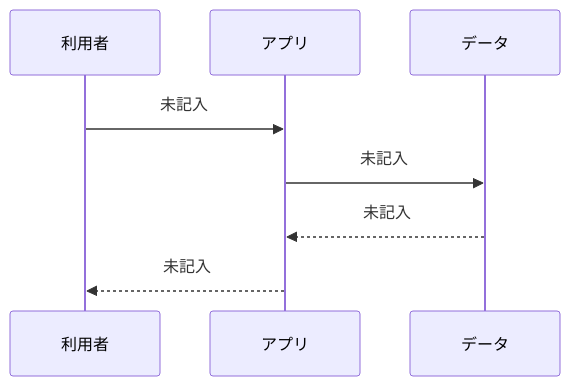
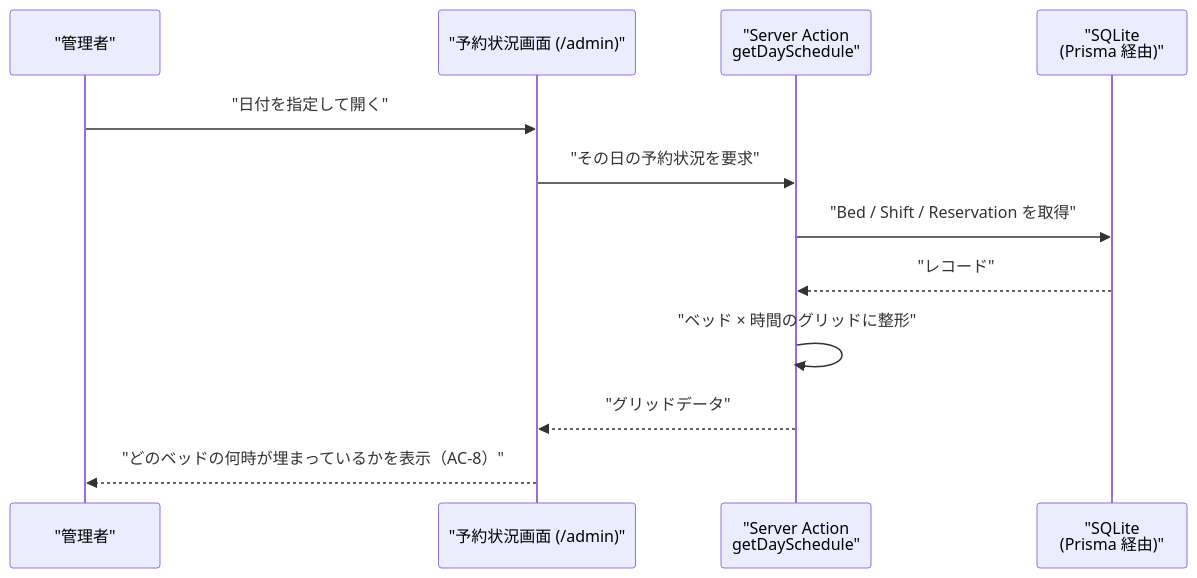
Before and after one commit to e225721B/RefreshHub: the fourth of 4 diagrams in docs/intern/design.md, drawn with Mermaid. The commit also changed other lines of this file and 53 other files, not shown here.

```diff
--- a/docs/intern/design.md
+++ b/docs/intern/design.md
@@ -43,10 +197,15 @@
 ~~~mermaid
 sequenceDiagram
-  participant U as 利用者
-  participant A as アプリ
-  participant D as データ
-  U->>A: 未記入
-  A->>D: 未記入
-  D-->>A: 未記入
-  A-->>U: 未記入
+  participant M as "管理者"
+  participant P as "予約状況画面 (/admin)"
+  participant A as "Server Action<br/>getDaySchedule"
+  participant DB as "SQLite<br/>(Prisma 経由)"
+
+  M->>P: "日付を指定して開く"
+  P->>A: "その日の予約状況を要求"
+  A->>DB: "Bed / Shift / Reservation を取得"
+  DB-->>A: "レコード"
+  A->>A: "ベッド × 時間のグリッドに整形"
+  A-->>P: "グリッドデータ"
+  P-->>M: "どのベッドの何時が埋まっているかを表示（AC-8）"
 ~~~
```
